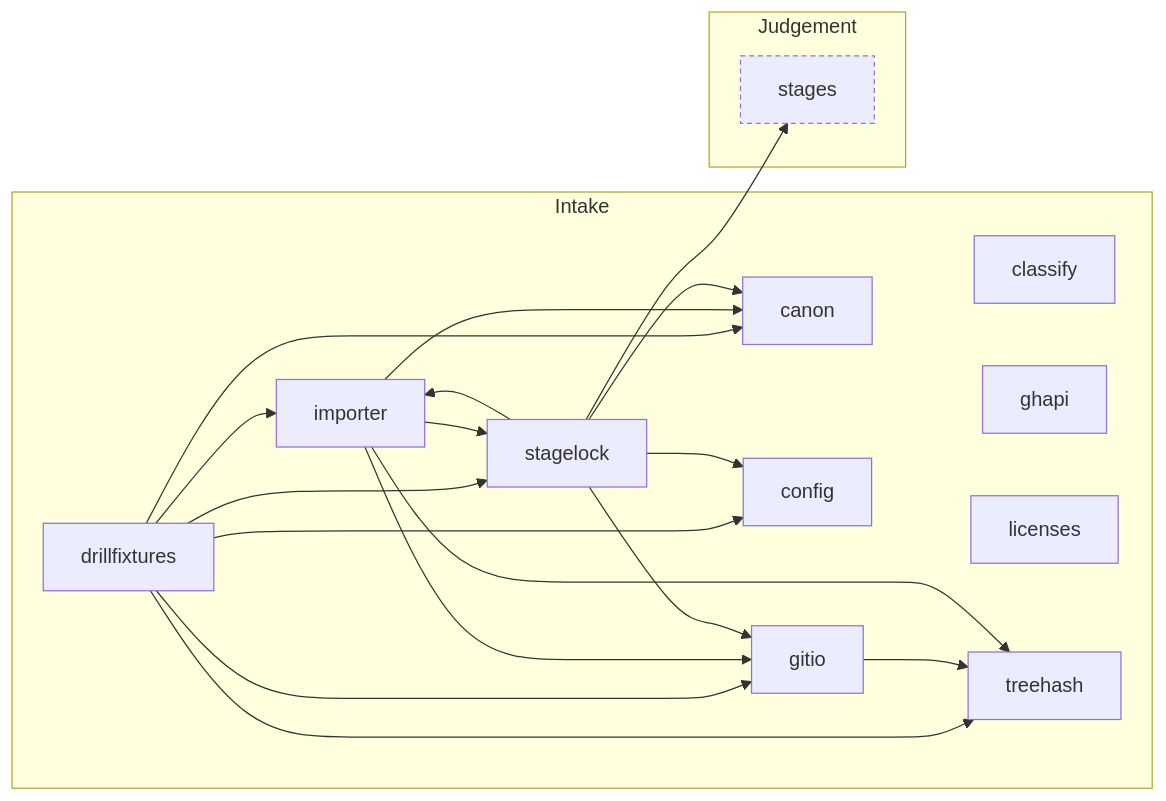
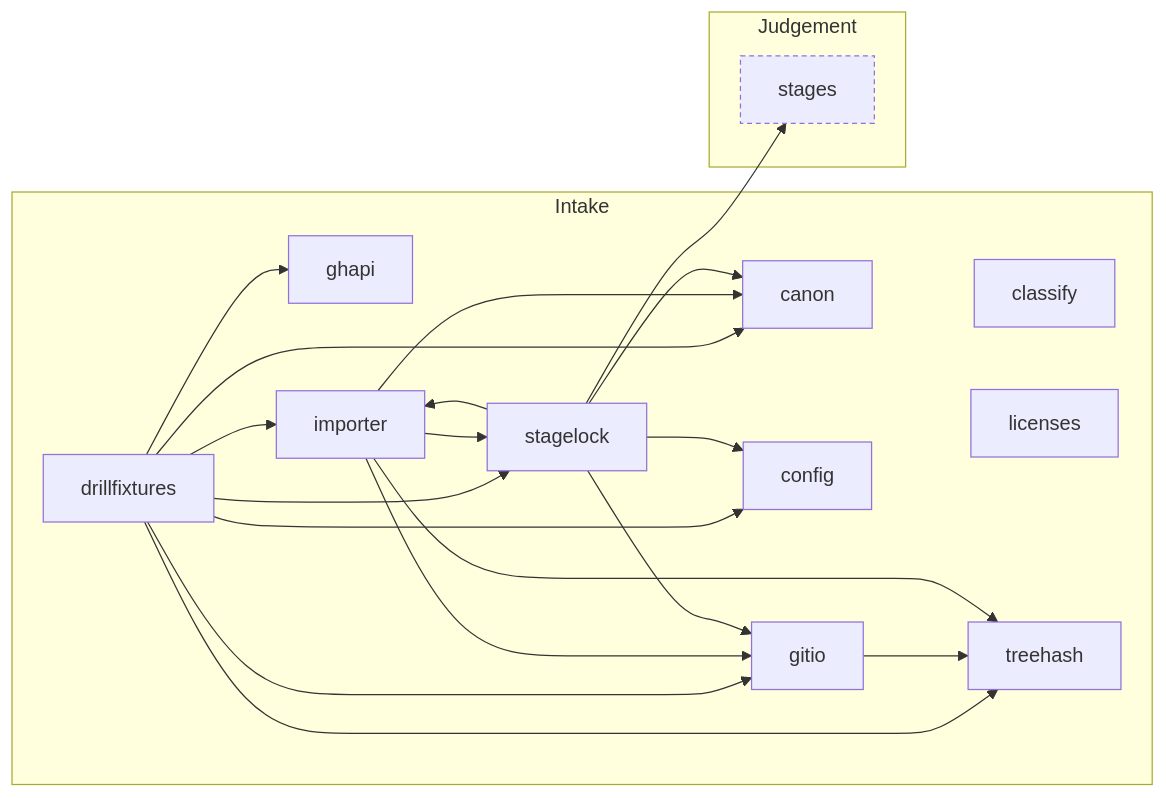
One commit to Okan-wqm/snowball-mcp changed the fourth of 8 diagrams in docs/harita.md. Above: the diagram before and after it, drawn with Mermaid. The commit also changed other lines of this file and 6 other files, not shown here.

````diff
--- a/docs/harita.md
+++ b/docs/harita.md
@@ -185,35 +185,36 @@
 ```mermaid
 flowchart LR
   subgraph a_Intake["Intake"]
     m_canon["canon"]
     m_classify["classify"]
     m_config["config"]
     m_drillfixtures["drillfixtures"]
     m_ghapi["ghapi"]
     m_gitio["gitio"]
     m_importer["importer"]
     m_licenses["licenses"]
     m_stagelock["stagelock"]
     m_treehash["treehash"]
   end
   subgraph a_Judgement["Judgement"]
     m_stages["stages"]:::outside
   end
   m_drillfixtures --> m_canon
   m_drillfixtures --> m_config
+  m_drillfixtures --> m_ghapi
   m_drillfixtures --> m_gitio
   m_drillfixtures --> m_importer
   m_drillfixtures --> m_stagelock
   m_drillfixtures --> m_treehash
   m_gitio --> m_treehash
   m_importer --> m_canon
   m_importer --> m_gitio
   m_importer --> m_stagelock
   m_importer --> m_treehash
   m_stagelock --> m_canon
   m_stagelock --> m_config
   m_stagelock --> m_gitio
   m_stagelock --> m_importer
   m_stagelock --> m_stages
   classDef outside stroke-dasharray: 4 3
 ```
````
